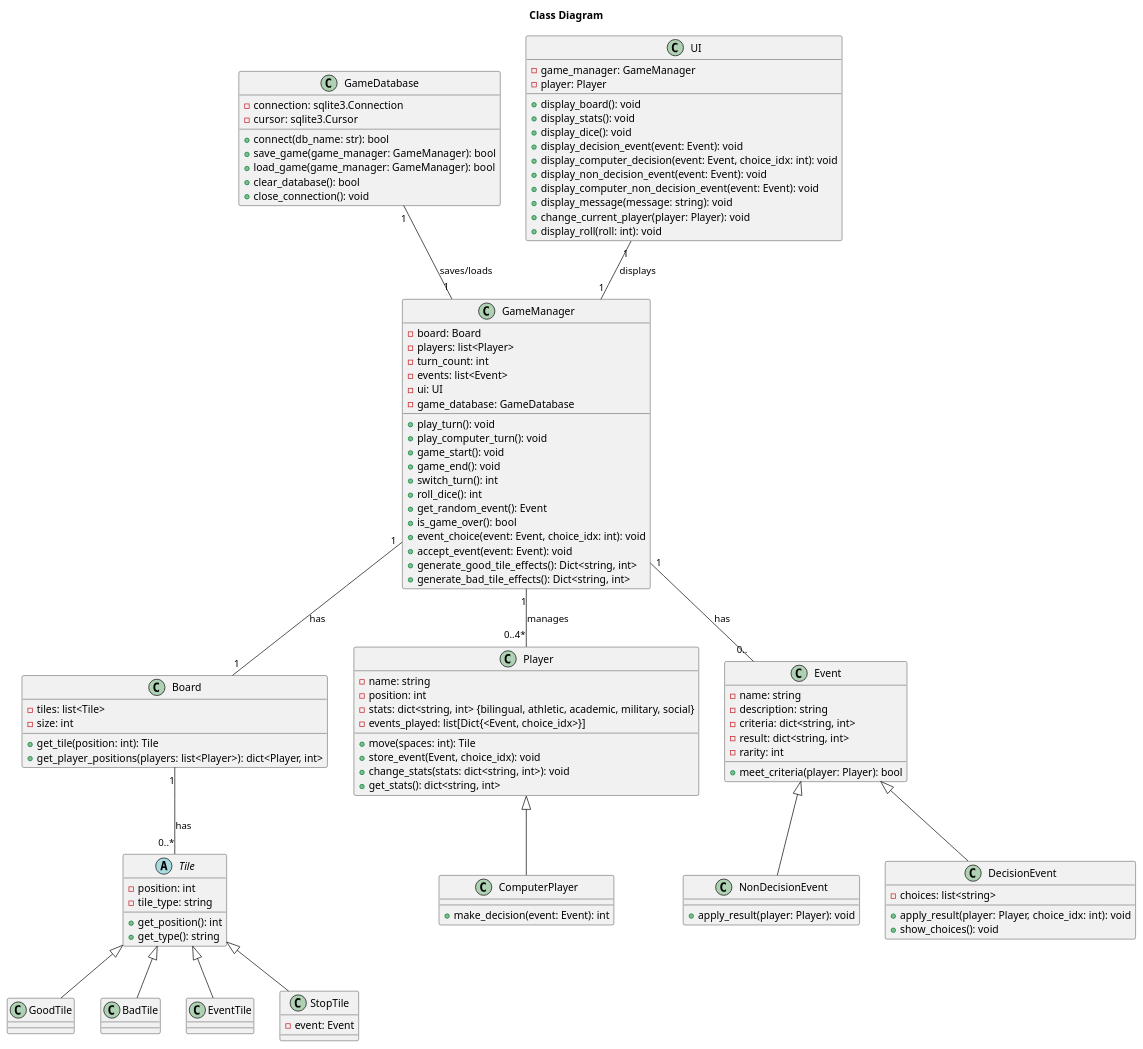
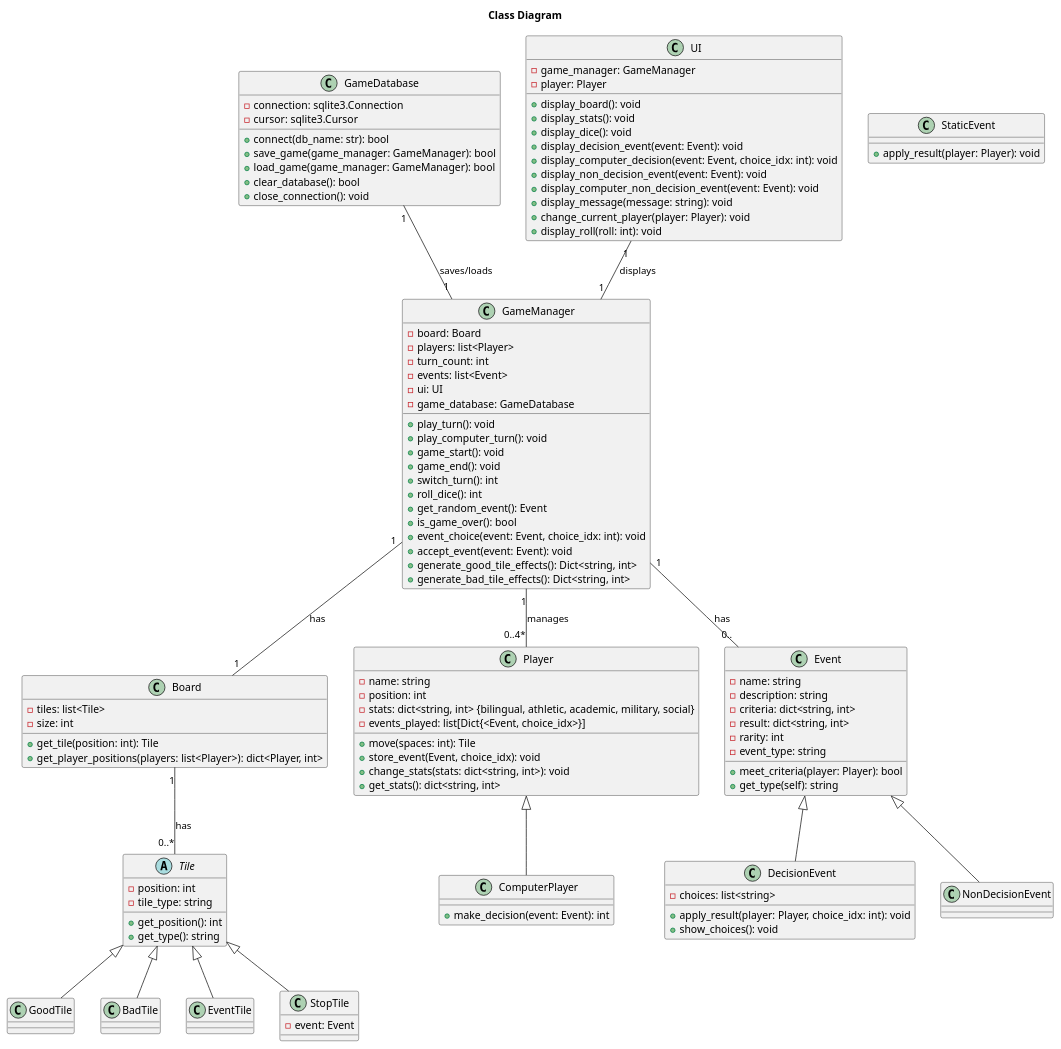
One commit to CSE-362-2025/BoardGameProject changed the diagram in diagrams/class_diagram.puml. Above: the diagram before and after it, drawn with PlantUML. The commit also changed 8 other files, not shown here.

```diff
--- a/diagrams/class_diagram.puml
+++ b/diagrams/class_diagram.puml
@@ -1,152 +1,154 @@
 @startuml class_diagram
 title "Class Diagram"
 ' skinparam shadowing false
 ' skinparam classAttributeIconSize 0
 
 class GameDatabase {
     
     - connection: sqlite3.Connection
     - cursor: sqlite3.Cursor
 
     + connect(db_name: str): bool
     + save_game(game_manager: GameManager): bool
     + load_game(game_manager: GameManager): bool
     + clear_database(): bool
     + close_connection(): void
 
 }
 
 class Board {
 
     - tiles: list<Tile>
     - size: int
 
     + get_tile(position: int): Tile
     + get_player_positions(players: list<Player>): dict<Player, int>
 }
 
 abstract class Tile {
 
     - position: int
     - tile_type: string
 
     + get_position(): int
     + get_type(): string
 }
 
 class GoodTile {
 }
 
 class BadTile {
 }
 
 class EventTile {
 }
 
 class StopTile {
     - event: Event
 
 }
 
 class Player {
 
     - name: string
     - position: int
     - stats: dict<string, int> {bilingual, athletic, academic, military, social}
     - events_played: list[Dict{<Event, choice_idx>}]
 
     + move(spaces: int): Tile
     + store_event(Event, choice_idx): void
     + change_stats(stats: dict<string, int>): void
     + get_stats(): dict<string, int>
 
 }
 
 class ComputerPlayer {
 
     + make_decision(event: Event): int
 }
 
 class Event {
 
     - name: string
     - description: string
     - criteria: dict<string, int>
     - result: dict<string, int>
     - rarity: int
+    - event_type: string
 
     + meet_criteria(player: Player): bool
+    + get_type(self): string
 }
 
-class NonDecisionEvent {
+class StaticEvent {
 
     + apply_result(player: Player): void
 }
 
 class DecisionEvent {
     - choices: list<string>
 
     + apply_result(player: Player, choice_idx: int): void
     + show_choices(): void
 }
 
 
 class GameManager {
 
     - board: Board
     - players: list<Player>
     - turn_count: int
     - events: list<Event>
     - ui: UI
     - game_database: GameDatabase
 
     + play_turn(): void
     + play_computer_turn(): void
     + game_start(): void
     + game_end(): void
     + switch_turn(): int
     + roll_dice(): int
     + get_random_event(): Event
     + is_game_over(): bool
     + event_choice(event: Event, choice_idx: int): void
     + accept_event(event: Event): void
     + generate_good_tile_effects(): Dict<string, int>
     + generate_bad_tile_effects(): Dict<string, int>
 }
 
 class UI {
 
     - game_manager: GameManager
     - player: Player
 
     + display_board(): void
     + display_stats(): void
     + display_dice(): void
     + display_decision_event(event: Event): void
     + display_computer_decision(event: Event, choice_idx: int): void
     + display_non_decision_event(event: Event): void
     + display_computer_non_decision_event(event: Event): void
     + display_message(message: string): void
     + change_current_player(player: Player): void
     + display_roll(roll: int): void
 }
 
 
 ' Relationships
 
 Board "1" -- "0..*" Tile : "has"
 GameDatabase "1" -- "1" GameManager : "saves/loads"
 GameManager "1" -- "0..4*" Player : "manages"
 GameManager "1" -- "1" Board : "has"
 GameManager "1" -- "0.." Event : "has"
 UI "1" -- "1" GameManager : "displays"
 Tile <|-- GoodTile
 Tile <|-- BadTile
 Tile <|-- EventTile
 Tile <|-- StopTile
 Event <|-- NonDecisionEvent
 Event <|-- DecisionEvent
 Player <|-- ComputerPlayer
 
 
 @enduml
```
